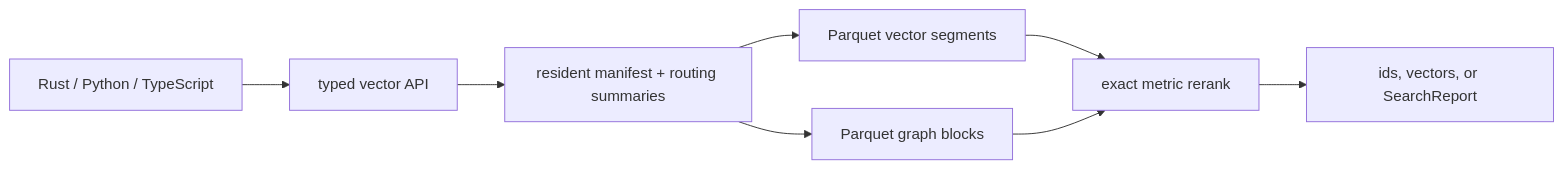
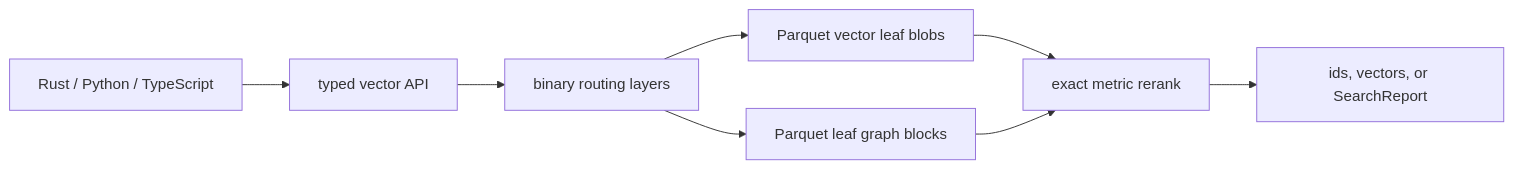
The diagram in README.md (CausalityHQ/borsuk), drawn with Mermaid before and after one commit. The commit also changed other lines of this file and 14 other files, not shown here.

````diff
--- a/README.md
+++ b/README.md
@@ -15,10 +18,10 @@
 ```mermaid
 flowchart LR
   app["Rust / Python / TypeScript"] --> api["typed vector API"]
-  api --> route["resident manifest + routing summaries"]
-  route --> seg["Parquet vector segments"]
-  route --> graphBlocks["Parquet graph blocks"]
+  api --> route["binary routing layers"]
+  route --> seg["Parquet vector leaf blobs"]
+  route --> graphBlocks["Parquet leaf graph blocks"]
   seg --> rerank["exact metric rerank"]
   graphBlocks --> rerank
   rerank --> out["ids, vectors, or SearchReport"]
 ```
````
